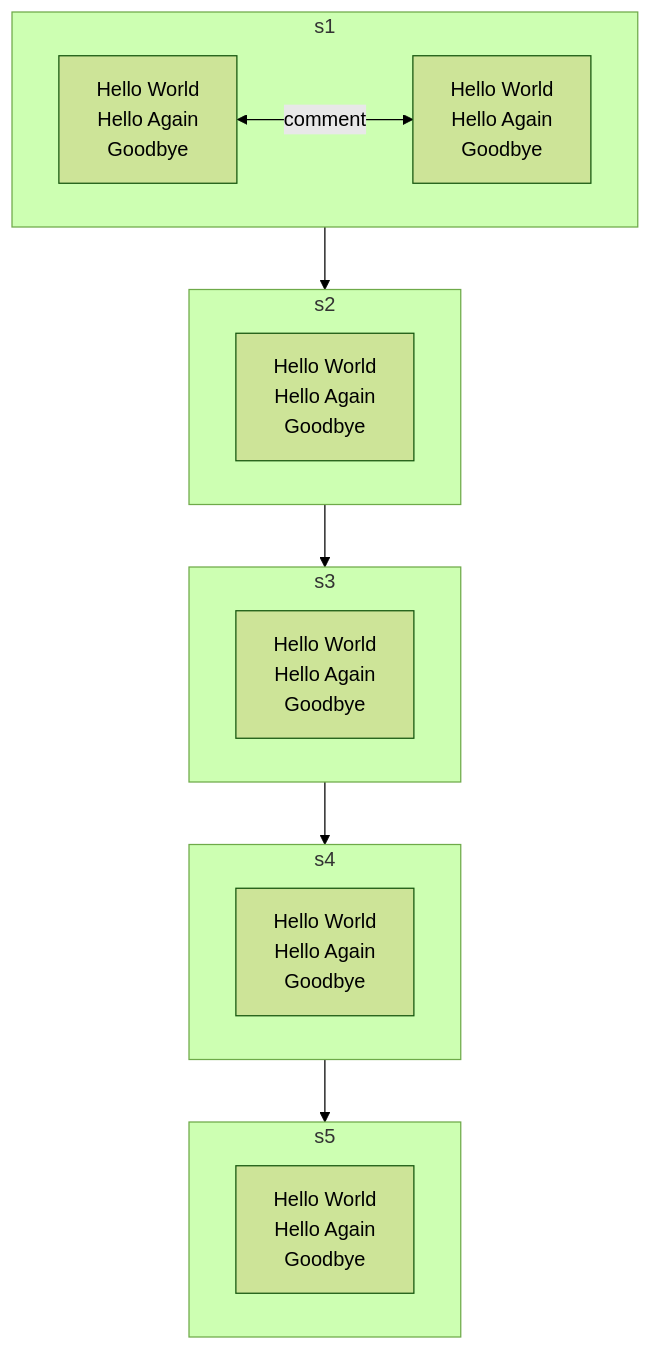
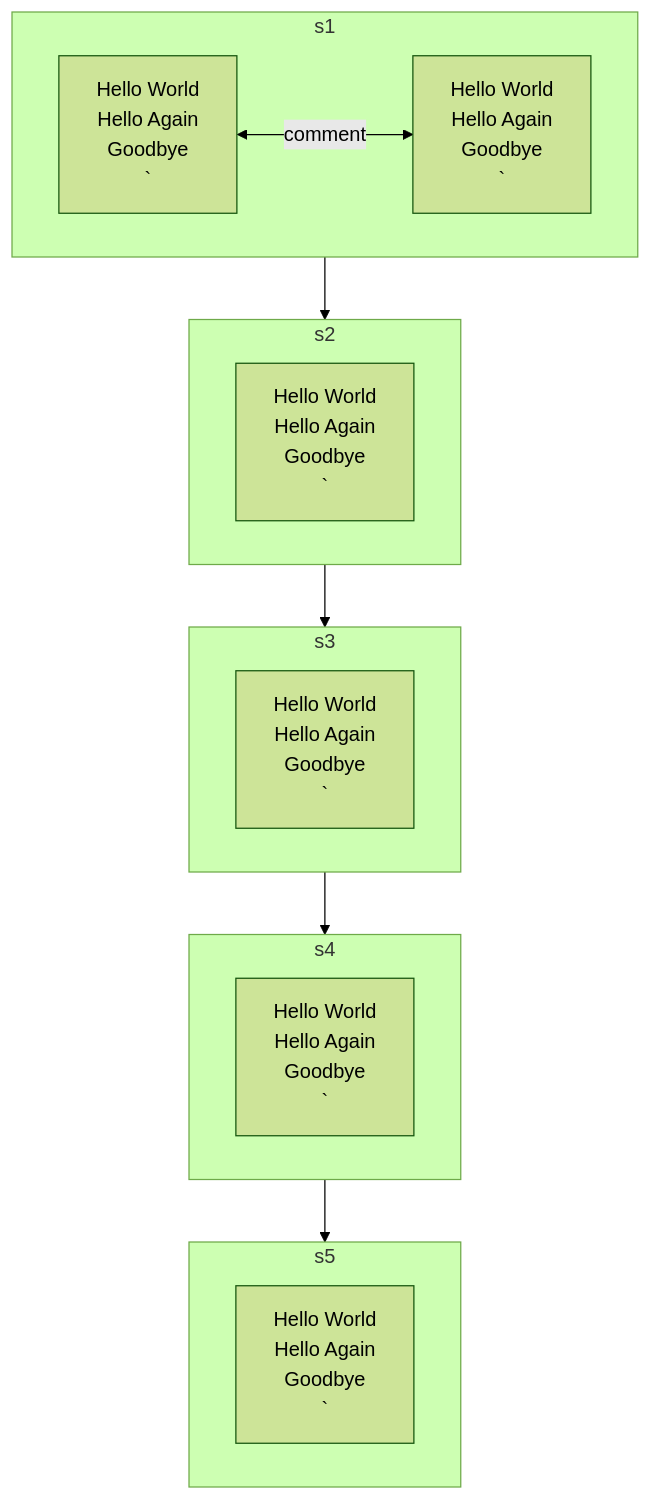
Before and after one commit to Alex-Rafter/wiki: the diagram in daily/2023-05-13.md, drawn with Mermaid (forest theme).

````diff
--- a/daily/2023-05-13.md
+++ b/daily/2023-05-13.md
@@ -5,61 +5,61 @@
 ```mermaid
 
 flowchart TD
 s1 --> s2
 s2 --> s3
 s3 --> s4
 s4 --> s5
 
 subgraph s1
 
 direction LR
 
-s1Problems["`
+s1Problems["
     Hello World
     Hello Again
     Goodbye
     `"]
 
-s1DesProblems["`
+s1DesProblems["
     Hello World
     Hello Again
     Goodbye
 `"]
 
 s1Problems <-- comment--> s1DesProblems
 
 end
 
 subgraph s2
-s2Problems["`
+s2Problems["
     Hello World
     Hello Again
     Goodbye
     `"]
 end
 
 subgraph s3
-s3Problems["`
+s3Problems["
     Hello World
     Hello Again
     Goodbye
     `"]
 end
 
 subgraph s4
-s4Problems["`
+s4Problems["
     Hello World
     Hello Again
     Goodbye
     `"]
 end
 
 subgraph s5
-s5Problems["`
+s5Problems["
     Hello World
     Hello Again
     Goodbye
     `"]
 end
 
 ```
````
